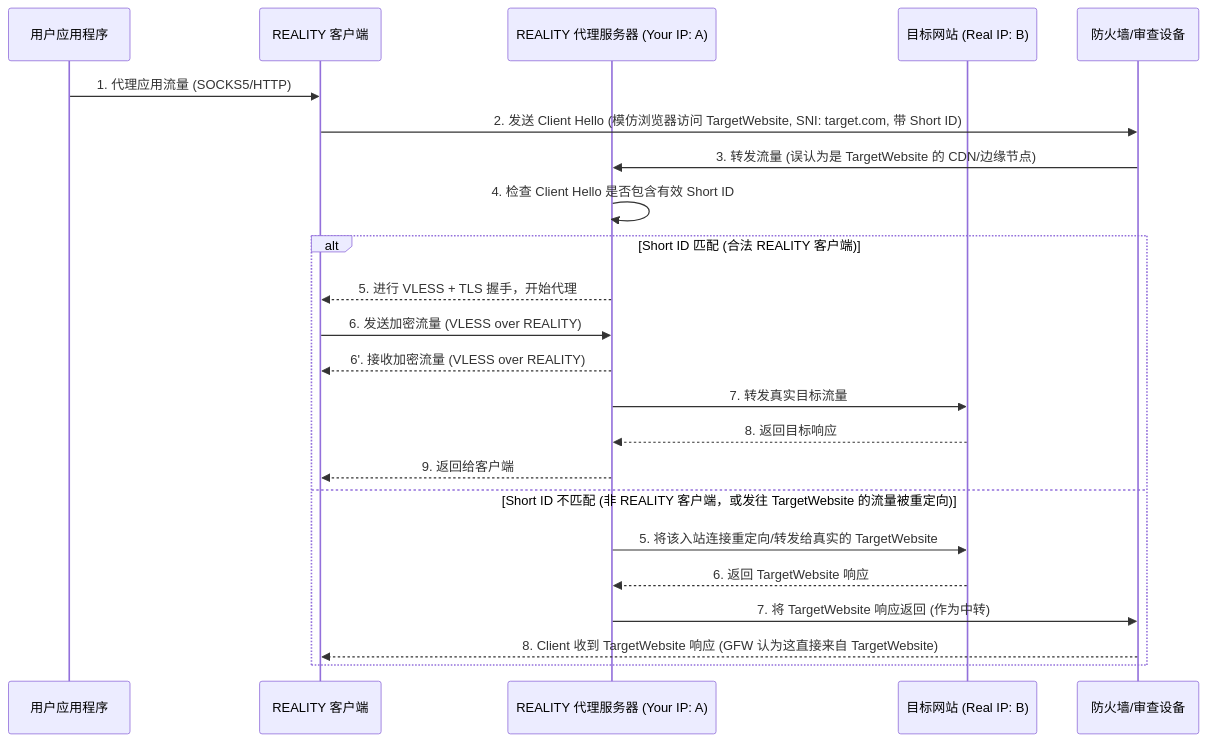
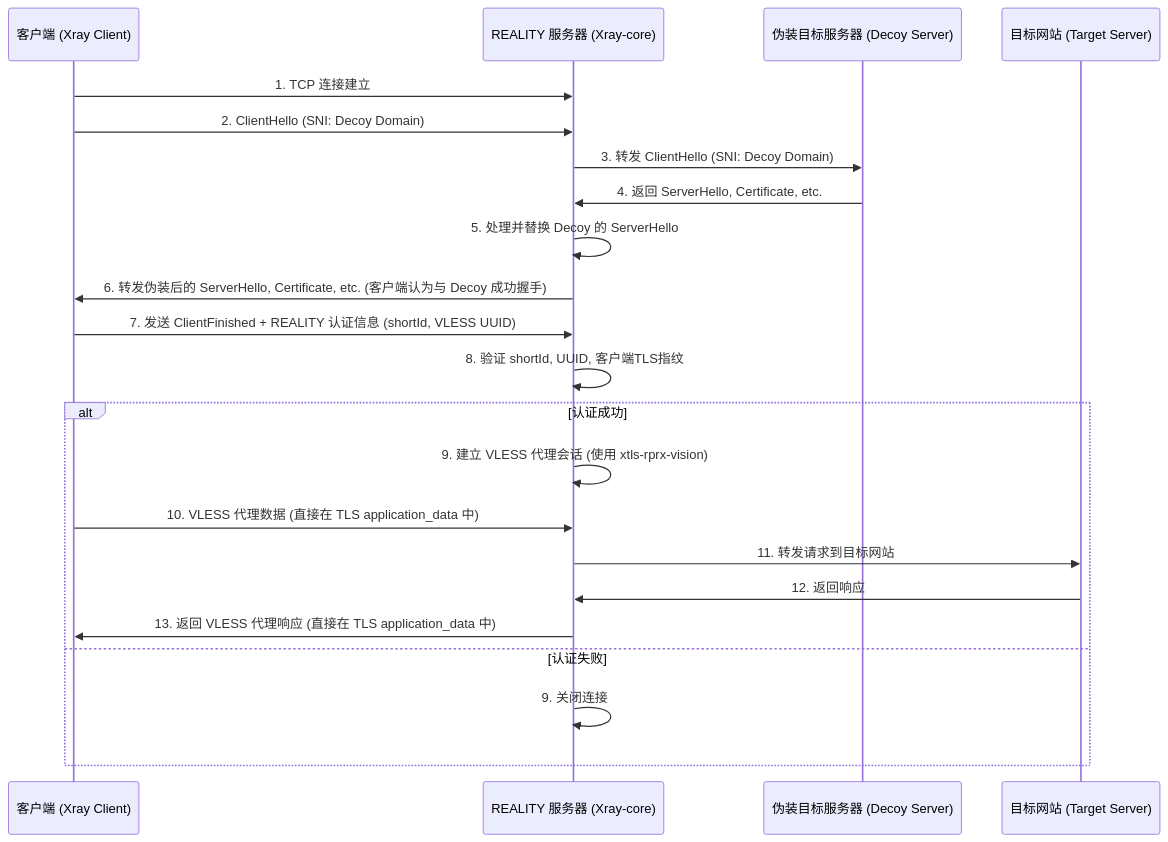
One commit to teatang/t-blog changed the diagram in source/_posts/2023/2023-10-26_REALITY 协议详解.md. Above: the diagram before and after it, drawn with Mermaid. The commit also changed other lines of this file and 7 other files, not shown here.

```diff
--- a/source/_posts/2023/2023-10-26_REALITY 协议详解.md
+++ b/source/_posts/2023/2023-10-26_REALITY 协议详解.md
@@ -68,27 +74,25 @@
 {% mermaid %}
 sequenceDiagram
-    participant App as 用户应用程序
-    participant Client as REALITY 客户端
-    participant ProxyServer as REALITY 代理服务器 (Your IP: A)
-    participant TargetWebsite as 目标网站 (Real IP: B)
-    participant GFW as 防火墙/审查设备
+    participant client as 客户端 (Xray Client)
+    participant reality_server as REALITY 服务器 (Xray-core)
+    participant decoy_server as 伪装目标服务器 (Decoy Server)
+    participant target_server as 目标网站 (Target Server)
 
-    App->>Client: 1. 代理应用流量 (SOCKS5/HTTP)
-    Client->>GFW: 2. 发送 Client Hello (模仿浏览器访问 TargetWebsite, SNI: target.com, 带 Short ID)
-    GFW->>ProxyServer: 3. 转发流量 (误认为是 TargetWebsite 的 CDN/边缘节点)
-
-    ProxyServer->>ProxyServer: 4. 检查 Client Hello 是否包含有效 Short ID
-    alt Short ID 匹配 (合法 REALITY 客户端)
-      ProxyServer-->>Client: 5. 进行 VLESS + TLS 握手，开始代理
-      Client->>ProxyServer: 6. 发送加密流量 (VLESS over REALITY)
-      ProxyServer-->>Client: 6'. 接收加密流量 (VLESS over REALITY)
-      ProxyServer->>TargetWebsite: 7. 转发真实目标流量
-      TargetWebsite-->>ProxyServer: 8. 返回目标响应
-      ProxyServer-->>Client: 9. 返回给客户端
-    else Short ID 不匹配 (非 REALITY 客户端，或发往 TargetWebsite 的流量被重定向)
-      ProxyServer->>TargetWebsite: 5. 将该入站连接重定向/转发给真实的 TargetWebsite
-      TargetWebsite-->>ProxyServer: 6. 返回 TargetWebsite 响应
-      ProxyServer->>GFW: 7. 将 TargetWebsite 响应返回 (作为中转)
-      GFW-->>Client: 8. Client 收到 TargetWebsite 响应 (GFW 认为这直接来自 TargetWebsite)
+    client->>reality_server: 1. TCP 连接建立
+    client->>reality_server: 2. ClientHello (SNI: Decoy Domain)
+    reality_server->>decoy_server: 3. 转发 ClientHello (SNI: Decoy Domain)
+    decoy_server->>reality_server: 4. 返回 ServerHello, Certificate, etc.
+    reality_server->>reality_server: 5. 处理并替换 Decoy 的 ServerHello
+    reality_server->>client: 6. 转发伪装后的 ServerHello, Certificate, etc. (客户端认为与 Decoy 成功握手)
+    client->>reality_server: 7. 发送 ClientFinished + REALITY 认证信息 (shortId, VLESS UUID)
+    reality_server->>reality_server: 8. 验证 shortId, UUID, 客户端TLS指纹
+    alt 认证成功
+        reality_server->>reality_server: 9. 建立 VLESS 代理会话 (使用 xtls-rprx-vision)
+        client->>reality_server: 10. VLESS 代理数据 (直接在 TLS application_data 中)
+        reality_server->>target_server: 11. 转发请求到目标网站
+        target_server->>reality_server: 12. 返回响应
+        reality_server->>client: 13. 返回 VLESS 代理响应 (直接在 TLS application_data 中)
+    else 认证失败
+        reality_server->>reality_server: 9. 关闭连接
     end
 {% endmermaid %}
```
